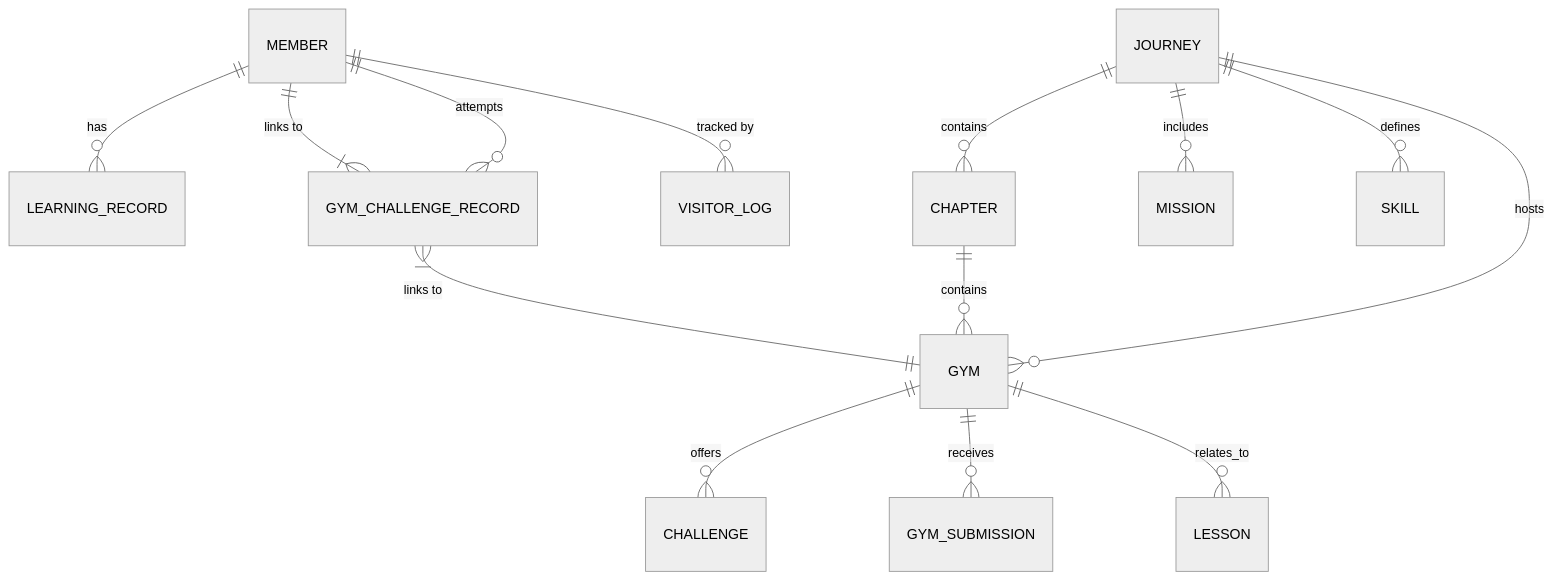
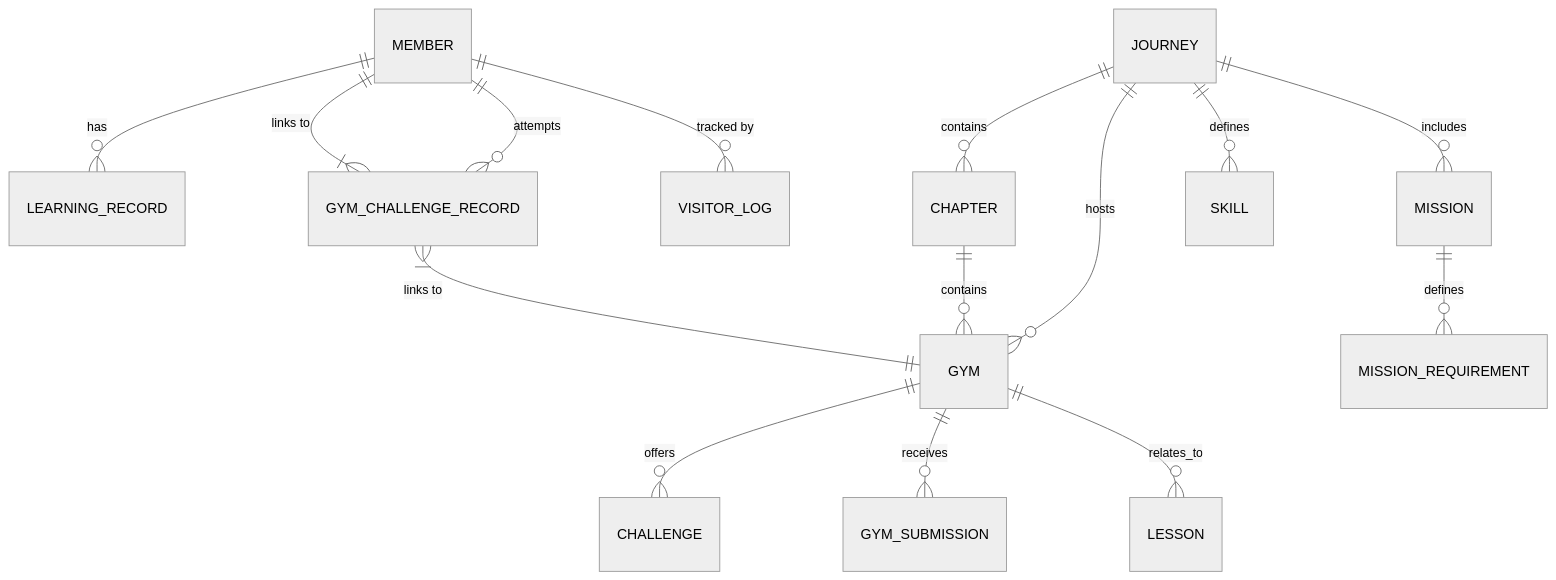
Before and after one commit to xmanflasher/tutorial-platform-backend: the diagram in docs/system_design.md, drawn with Mermaid (neutral theme). The commit also changed other lines of this file and 1 other file, not shown here.

````diff
--- a/docs/system_design.md
+++ b/docs/system_design.md
@@ -8,16 +8,17 @@
 ```mermaid
 erDiagram
     MEMBER ||--o{ LEARNING_RECORD : has
     MEMBER ||--o{ GYM_CHALLENGE_RECORD : attempts
     MEMBER ||--o{ VISITOR_LOG : "tracked by"
     JOURNEY ||--o{ CHAPTER : contains
     JOURNEY ||--o{ MISSION : includes
     JOURNEY ||--o{ SKILL : defines
     JOURNEY ||--o{ GYM : hosts
     CHAPTER ||--o{ GYM : contains
     GYM ||--o{ CHALLENGE : offers
     GYM ||--o{ GYM_SUBMISSION : receives
     GYM ||--o{ LESSON : relates_to
     GYM_CHALLENGE_RECORD }|--|| MEMBER : "links to"
     GYM_CHALLENGE_RECORD }|--|| GYM : "links to"
+    MISSION ||--o{ MISSION_REQUIREMENT : defines
 ```
````
